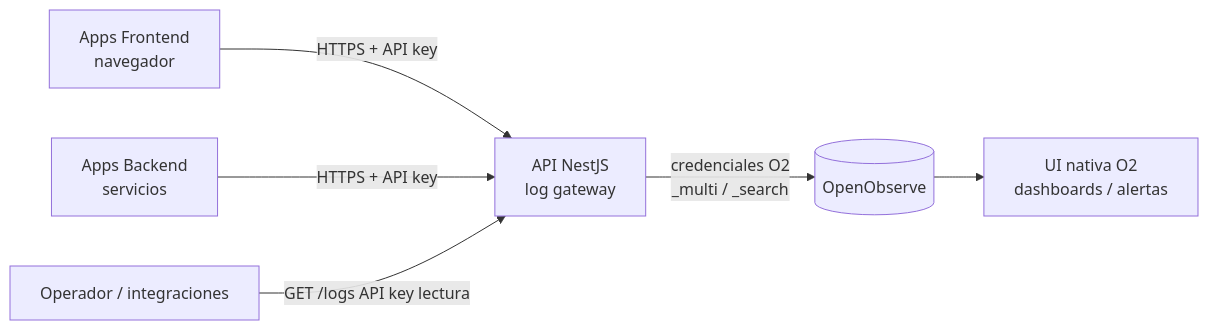
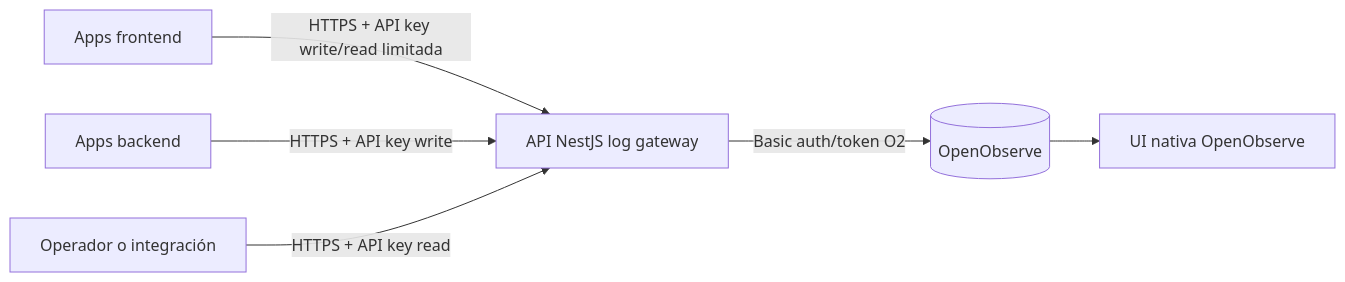
Before and after one commit to danimardo/api-openobserve: the diagram in Historias.md, drawn with Mermaid. The commit also changed other lines of this file and 43 other files, not shown here.

````diff
--- a/Historias.md
+++ b/Historias.md
@@ -69,8 +96,8 @@
 ```mermaid
 flowchart LR
-  FE[Apps Frontend<br/>navegador] -->|HTTPS + API key| API
-  BE[Apps Backend<br/>servicios] -->|HTTPS + API key| API
-  API[API NestJS<br/>log gateway] -->|credenciales O2<br/>_multi / _search| O2[(OpenObserve)]
-  O2 --> UI[UI nativa O2<br/>dashboards / alertas]
-  DEV[Operador / integraciones] -->|GET /logs API key lectura| API
+  FE[Apps frontend] -->|HTTPS + API key write/read limitada| API[API NestJS log gateway]
+  BE[Apps backend] -->|HTTPS + API key write| API
+  INT[Operador o integración] -->|HTTPS + API key read| API
+  API -->|Basic auth/token O2| O2[(OpenObserve)]
+  O2 --> UI[UI nativa OpenObserve]
 ```
````
